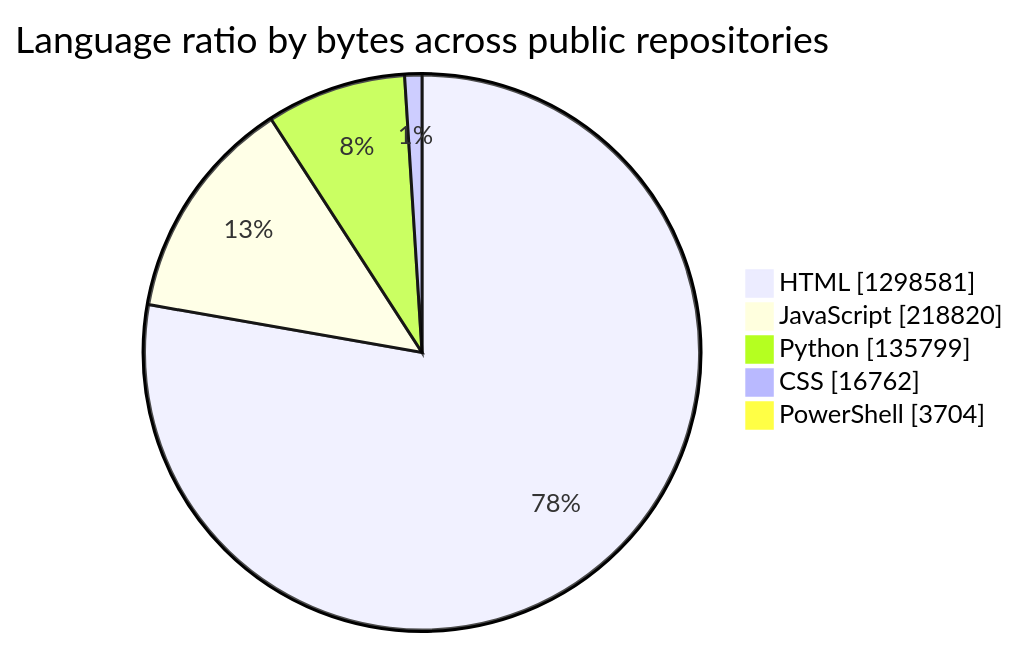
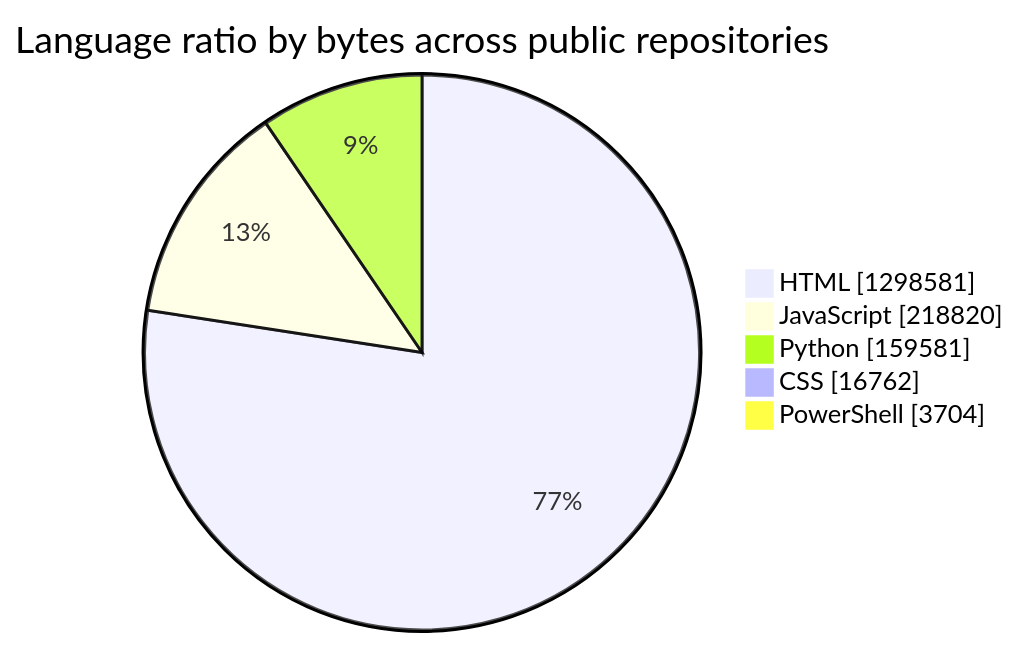
The first of 2 diagrams in README.md (tchinso/tchinso), drawn with Mermaid before and after one commit. The commit also changed other lines of this file, not shown here.

````diff
--- a/README.md
+++ b/README.md
@@ -21,9 +21,9 @@
 ```mermaid
 pie showData
     title Language ratio by bytes across public repositories
     "HTML" : 1298581
     "JavaScript" : 218820
-    "Python" : 135799
+    "Python" : 159581
     "CSS" : 16762
     "PowerShell" : 3704
 ```
````
